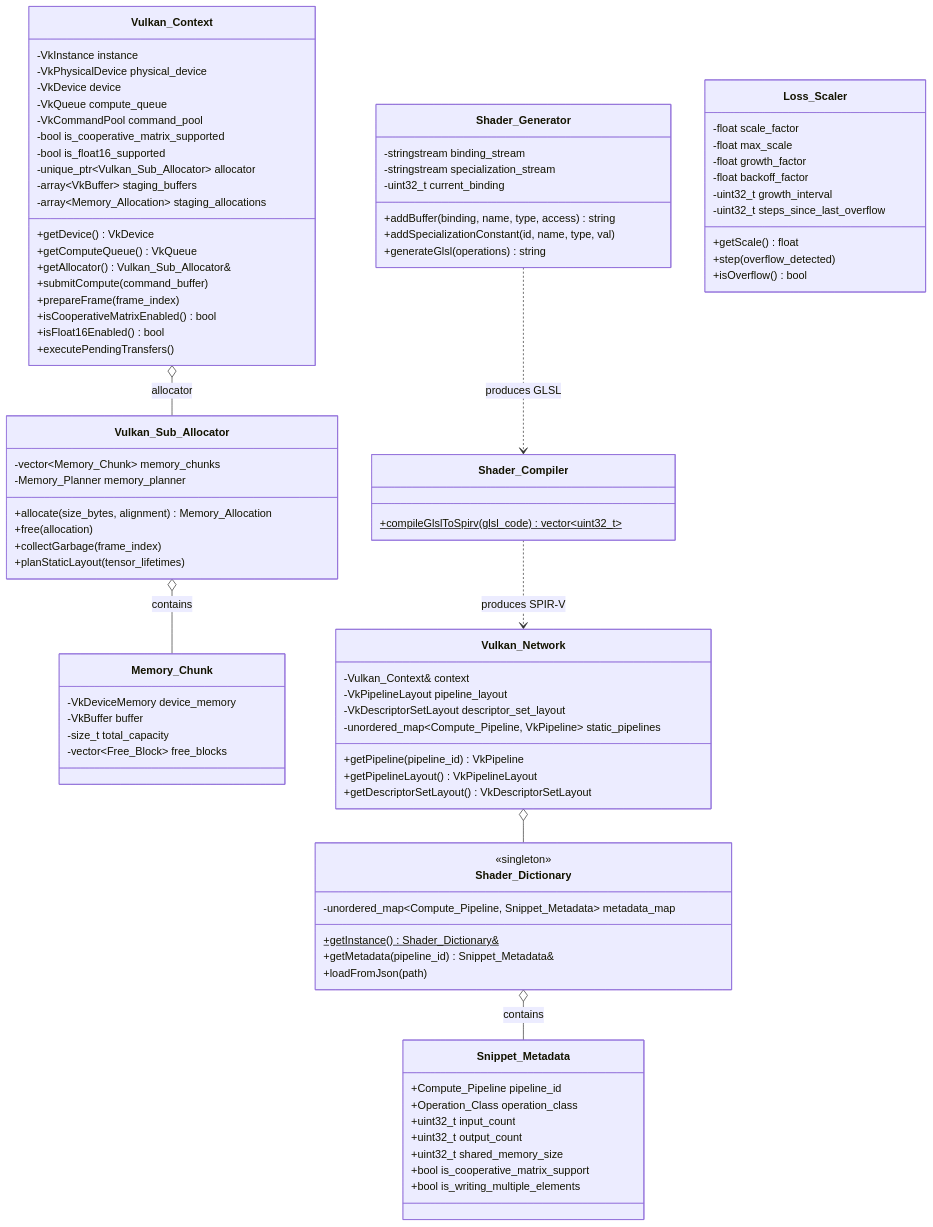
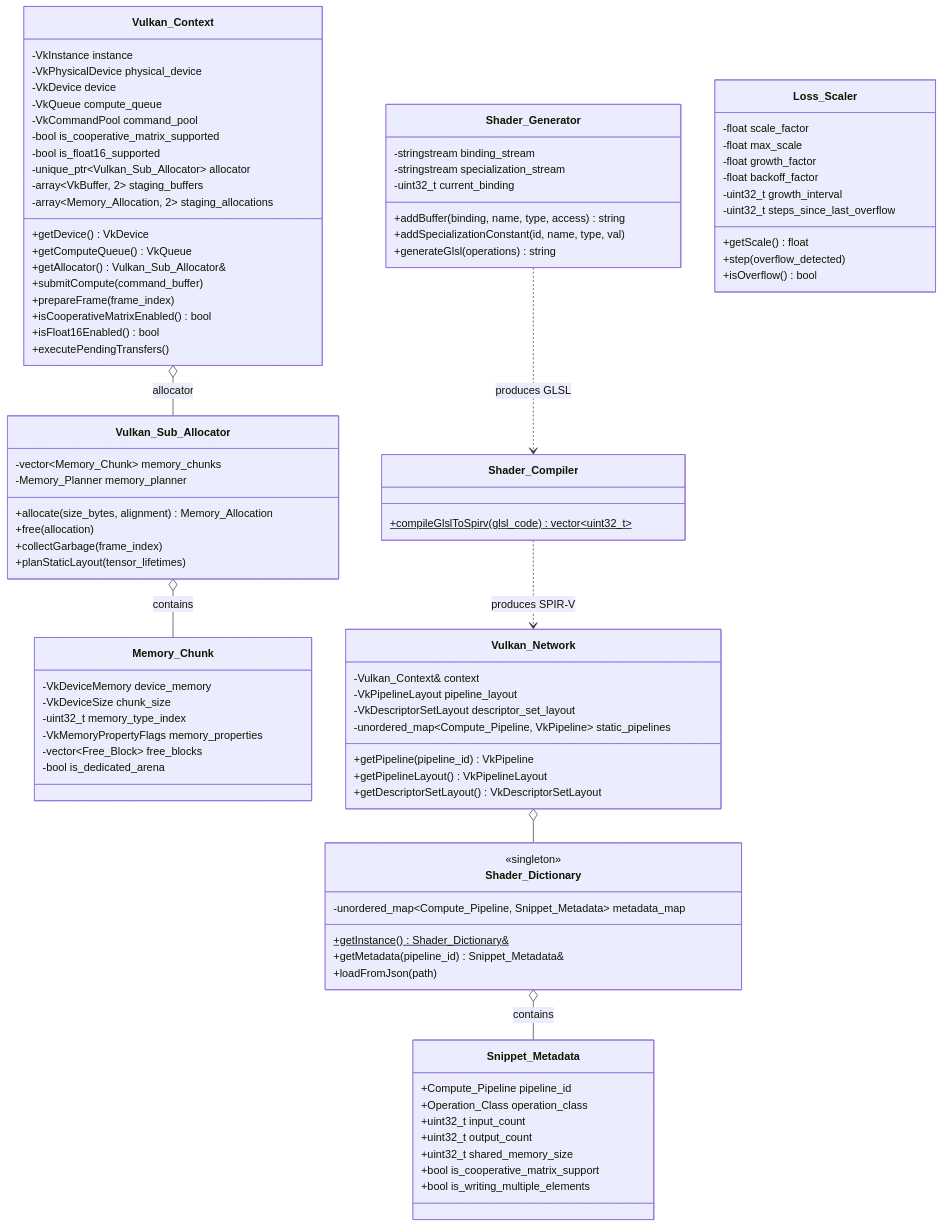
Before and after one commit to HungVQ1991/VulkanML: the fifth of 11 diagrams in architechture.md, drawn with Mermaid. The commit also changed other lines of this file and 266 other files, not shown here.

```diff
--- a/architechture.md
+++ b/architechture.md
@@ -462,8 +693,8 @@
         -bool is_cooperative_matrix_supported
         -bool is_float16_supported
         -unique_ptr~Vulkan_Sub_Allocator~ allocator
-        -array~VkBuffer~ staging_buffers
-        -array~Memory_Allocation~ staging_allocations
+        -array~VkBuffer, 2~ staging_buffers
+        -array~Memory_Allocation, 2~ staging_allocations
         +getDevice() VkDevice
         +getComputeQueue() VkQueue
         +getAllocator() Vulkan_Sub_Allocator&
@@ -485,9 +716,11 @@
 
     class Memory_Chunk {
         -VkDeviceMemory device_memory
-        -VkBuffer buffer
-        -size_t total_capacity
+        -VkDeviceSize chunk_size
+        -uint32_t memory_type_index
+        -VkMemoryPropertyFlags memory_properties
         -vector~Free_Block~ free_blocks
+        -bool is_dedicated_arena
     }
 
     class Vulkan_Network {
```
